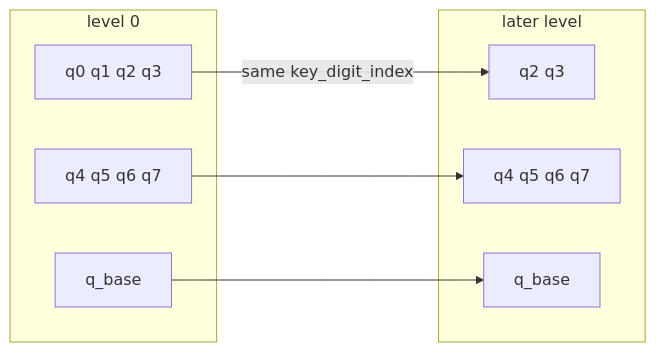
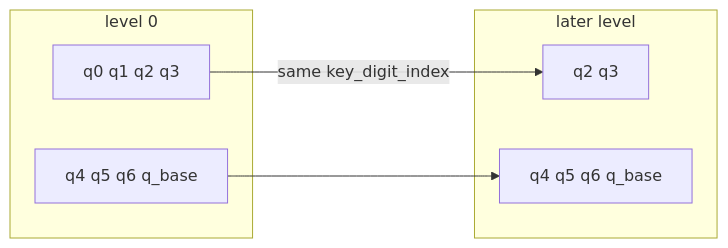
Before and after one commit to visualDust/fhelium: the fifth of 7 diagrams in docs/developer/multiplication-keyswitch-rescale.md, drawn with Mermaid. The commit also changed other lines of this file and 64 other files, not shown here.

````diff
--- a/docs/developer/multiplication-keyswitch-rescale.md
+++ b/docs/developer/multiplication-keyswitch-rescale.md
@@ -133,16 +135,13 @@
 ```mermaid
 graph LR
     subgraph L0[level 0]
       D0[q0 q1 q2 q3]
-      D1[q4 q5 q6 q7]
-      DB[q_base]
+      D1[q4 q5 q6 q_base]
     end
     subgraph L2[later level]
       E0[q2 q3]
-      E1[q4 q5 q6 q7]
-      EB[q_base]
+      E1[q4 q5 q6 q_base]
     end
     D0 -->|same key_digit_index| E0
     D1 --> E1
-    DB --> EB
 ```
````
